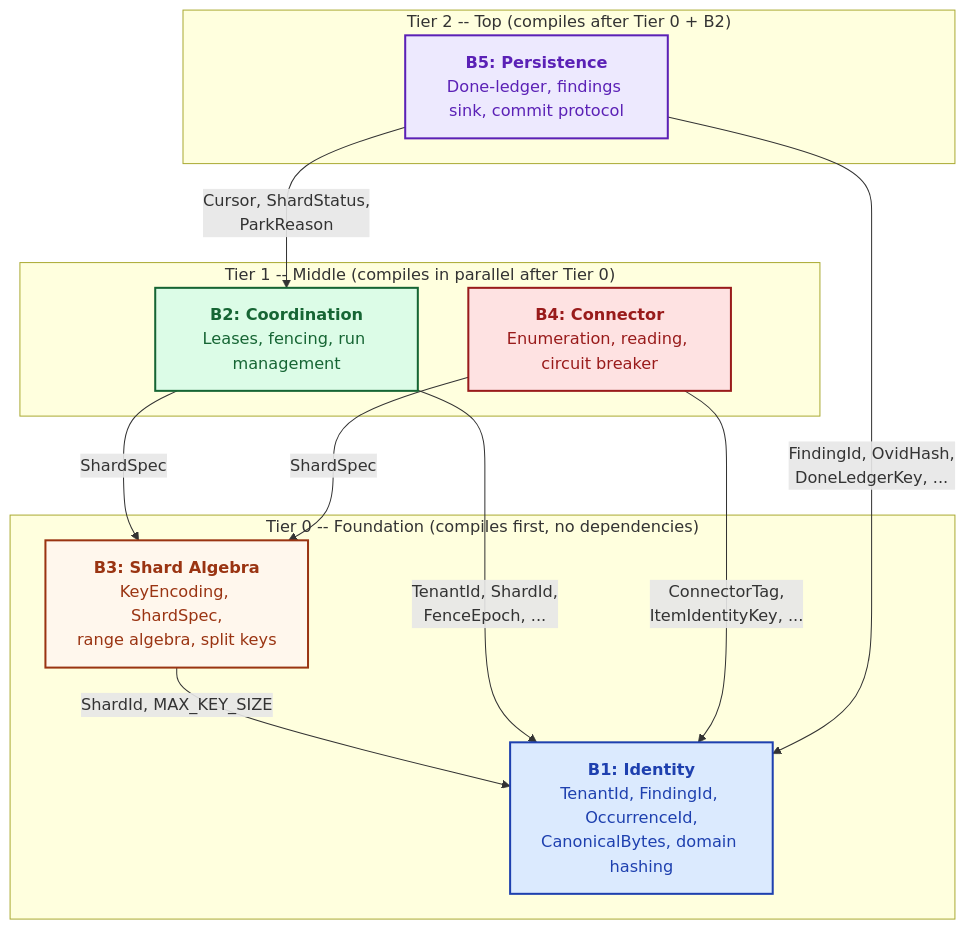
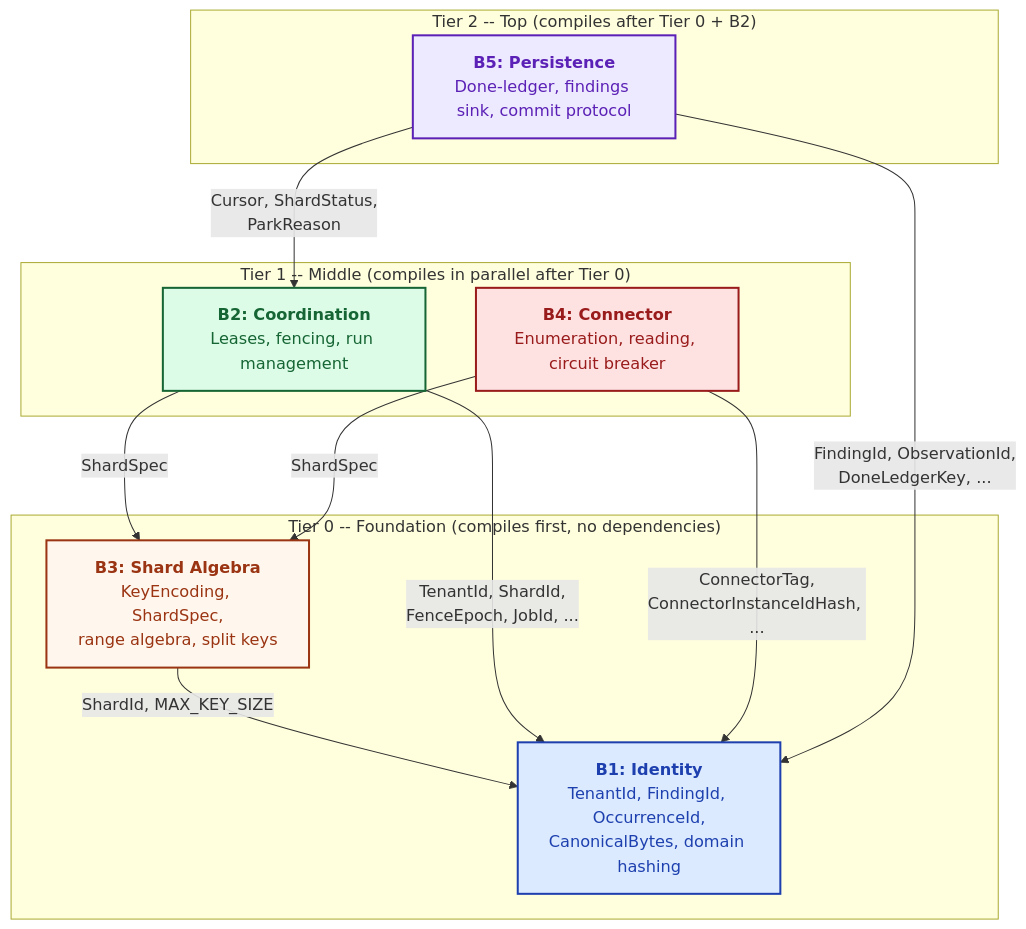
One commit to ahrav/Gossip-rs changed the second of 3 diagrams in diagrams/02-boundary-dependency-graph.md. Above: the diagram before and after it, drawn with Mermaid. The commit also changed other lines of this file and 29 other files, not shown here.

First line of the commit message:
Update diagram directory inventory and diagram counts

````diff
--- a/diagrams/02-boundary-dependency-graph.md
+++ b/diagrams/02-boundary-dependency-graph.md
@@ -112,31 +110,31 @@
 ```mermaid
 %% Diagram: tiered-compilation-view
 graph TD
     subgraph "Tier 0 -- Foundation (compiles first, no dependencies)"
         B1["<b>B1: Identity</b><br/>TenantId, FindingId, OccurrenceId,<br/>CanonicalBytes, domain hashing"]
         B3["<b>B3: Shard Algebra</b><br/>KeyEncoding, ShardSpec,<br/>range algebra, split keys"]
     end
 
     subgraph "Tier 1 -- Middle (compiles in parallel after Tier 0)"
         B2["<b>B2: Coordination</b><br/>Leases, fencing, run management"]
         B4["<b>B4: Connector</b><br/>Enumeration, reading, circuit breaker"]
     end
 
     subgraph "Tier 2 -- Top (compiles after Tier 0 + B2)"
         B5["<b>B5: Persistence</b><br/>Done-ledger, findings sink, commit protocol"]
     end
 
     B3 -->|"ShardId, MAX_KEY_SIZE"| B1
-    B2 -->|"TenantId, ShardId,<br/>FenceEpoch, ..."| B1
+    B2 -->|"TenantId, ShardId,<br/>FenceEpoch, JobId, ..."| B1
     B2 -->|"ShardSpec"| B3
-    B4 -->|"ConnectorTag,<br/>ItemIdentityKey, ..."| B1
+    B4 -->|"ConnectorTag,<br/>ConnectorInstanceIdHash, ..."| B1
     B4 -->|"ShardSpec"| B3
-    B5 -->|"FindingId, OvidHash,<br/>DoneLedgerKey, ..."| B1
+    B5 -->|"FindingId, ObservationId,<br/>DoneLedgerKey, ..."| B1
     B5 -->|"Cursor, ShardStatus,<br/>ParkReason"| B2
 
     style B1 fill:#DBEAFE,stroke:#1E40AF,stroke-width:2px,color:#1E40AF
     style B2 fill:#DCFCE7,stroke:#166534,stroke-width:2px,color:#166534
     style B3 fill:#FFF7ED,stroke:#9A3412,stroke-width:2px,color:#9A3412
     style B4 fill:#FEE2E2,stroke:#991B1B,stroke-width:2px,color:#991B1B
     style B5 fill:#EDE9FE,stroke:#5B21B6,stroke-width:2px,color:#5B21B6
 ```
````
